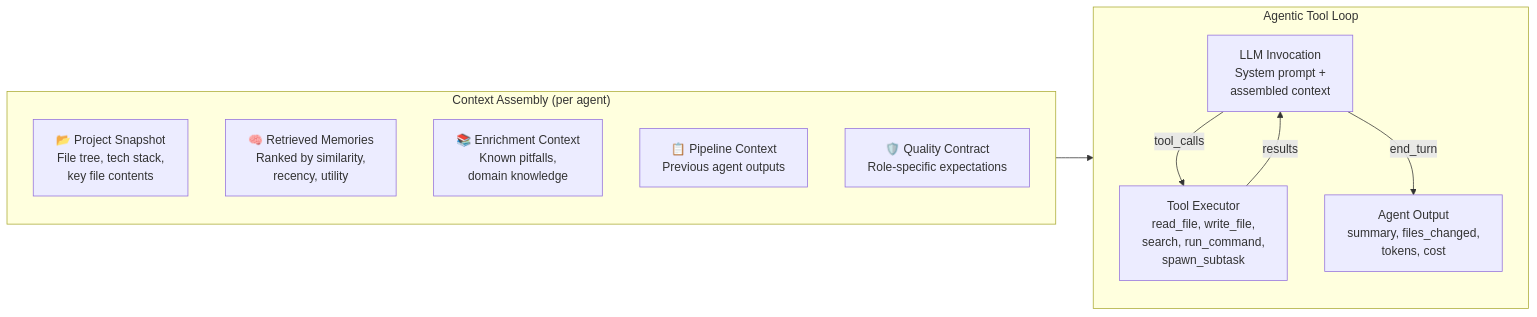
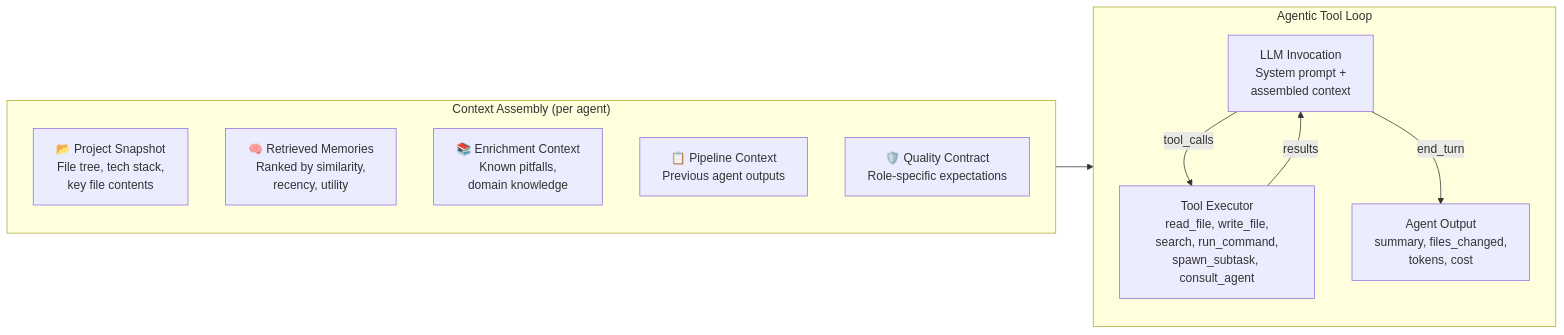
Before and after one commit to rigovo/rigovo-virtual-team: the fourth of 18 diagrams in README.md, drawn with Mermaid. The commit also changed other lines of this file and 13 other files, not shown here.

````diff
--- a/README.md
+++ b/README.md
@@ -393,21 +407,21 @@
 ```mermaid
 flowchart LR
     subgraph CONTEXT["Context Assembly (per agent)"]
         direction TB
         P[📂 Project Snapshot<br/>File tree, tech stack,<br/>key file contents]
         M[🧠 Retrieved Memories<br/>Ranked by similarity,<br/>recency, utility]
         E[📚 Enrichment Context<br/>Known pitfalls,<br/>domain knowledge]
         PI[📋 Pipeline Context<br/>Previous agent outputs]
         Q[🛡️ Quality Contract<br/>Role-specific expectations]
     end
 
     subgraph LOOP["Agentic Tool Loop"]
         direction TB
         LLM[LLM Invocation<br/>System prompt +<br/>assembled context]
-        LLM -->|tool_calls| TOOLS[Tool Executor<br/>read_file, write_file,<br/>search, run_command,<br/>spawn_subtask]
+        LLM -->|tool_calls| TOOLS[Tool Executor<br/>read_file, write_file,<br/>search, run_command,<br/>spawn_subtask, consult_agent]
         TOOLS -->|results| LLM
         LLM -->|end_turn| DONE[Agent Output<br/>summary, files_changed,<br/>tokens, cost]
     end
 
     CONTEXT --> LOOP
 ```
````
